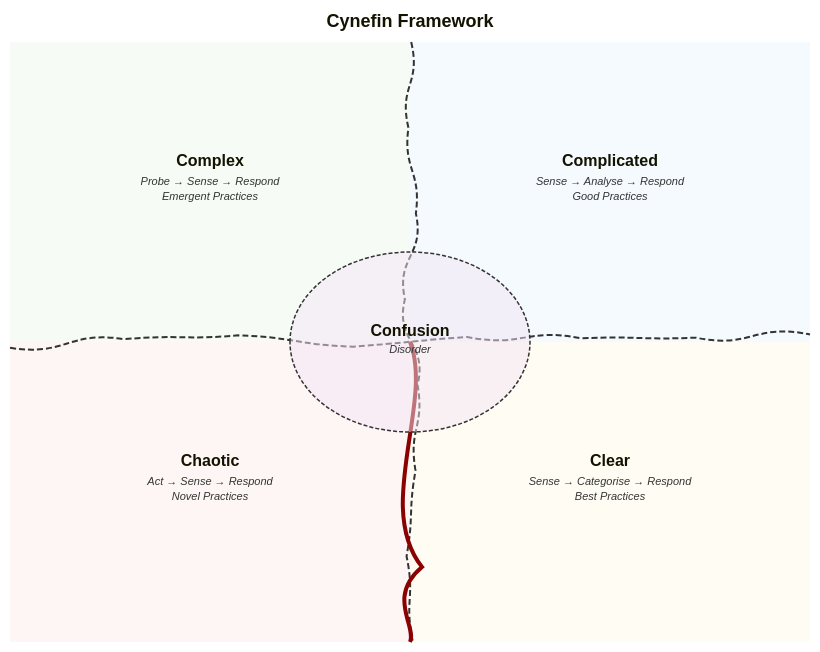
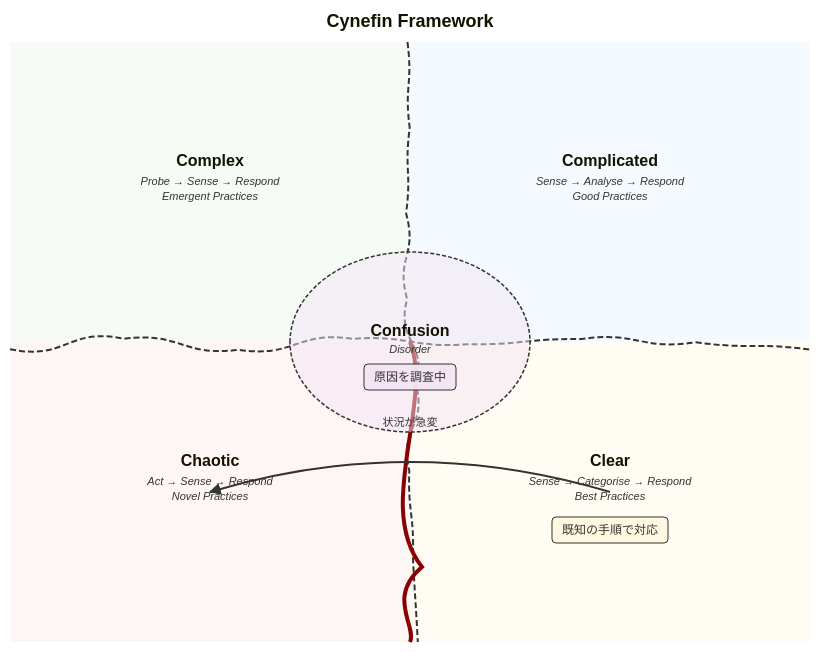
Diagram 36 of 38 in docs/mermaid-demo-ja.md (masanork/ibis-office), drawn with Mermaid before and after one commit. The commit also changed other lines of this file and 7 other files, not shown here.

Commit message:
Render Mermaid Cynefin framework diagrams

````diff
--- a/docs/mermaid-demo-ja.md
+++ b/docs/mermaid-demo-ja.md
@@ -465,9 +461,13 @@
 ```mermaid
 cynefin-beta
   title Cynefin Framework
 
   complex
   complicated
   clear
+    "既知の手順で対応"
   chaotic
+  confusion
+    "原因を調査中"
+  clear --> chaotic : "状況が急変"
 ```
````
